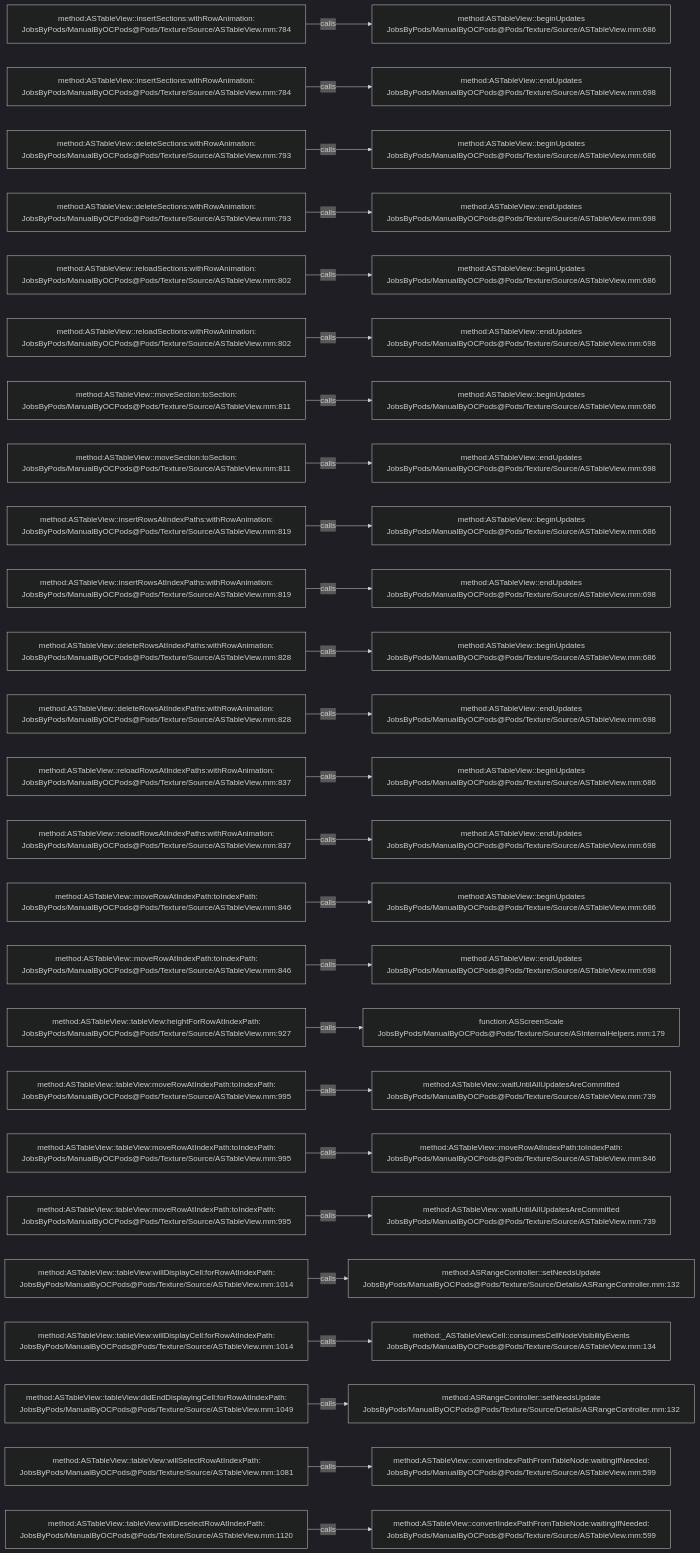
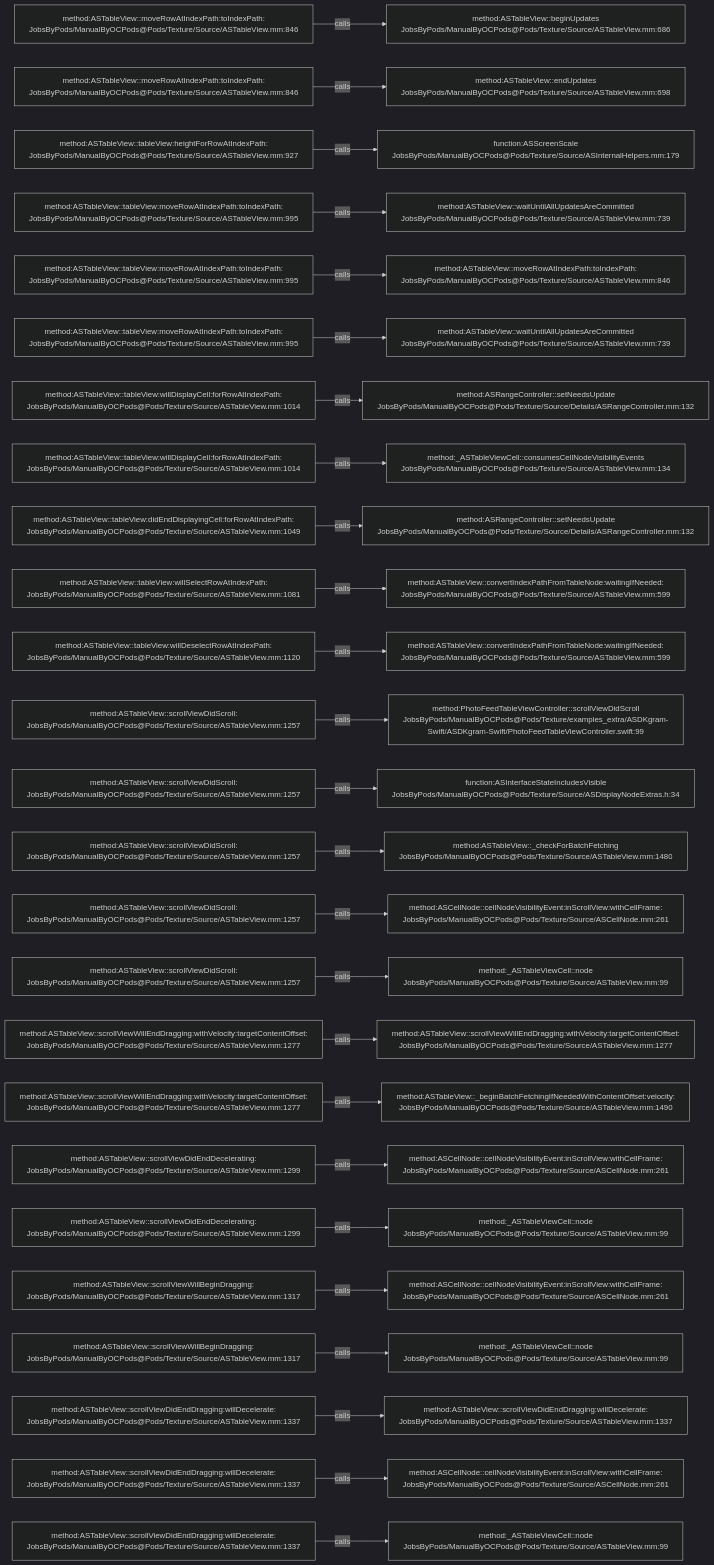
Before and after one commit to JobsKits/JobsOCBaseConfigDemo: the diagram in .codegraph/codegraph.md/graphs/calls-130.md, drawn with Mermaid (dark theme). The commit also changed 296 other files, not shown here.

````diff
--- a/.codegraph/codegraph.md/graphs/calls-130.md
+++ b/.codegraph/codegraph.md/graphs/calls-130.md
@@ -13,78 +13,78 @@
 ```mermaid
 flowchart LR
-  S1["method:ASTableView::insertSections:withRowAnimation:<br/>JobsByPods/ManualByOCPods@Pods/Texture/Source/ASTableView.mm:784"]
+  S1["method:ASTableView::moveRowAtIndexPath:toIndexPath:<br/>JobsByPods/ManualByOCPods@Pods/Texture/Source/ASTableView.mm:846"]
   T1["method:ASTableView::beginUpdates<br/>JobsByPods/ManualByOCPods@Pods/Texture/Source/ASTableView.mm:686"]
   S1 -->|calls| T1
-  S2["method:ASTableView::insertSections:withRowAnimation:<br/>JobsByPods/ManualByOCPods@Pods/Texture/Source/ASTableView.mm:784"]
+  S2["method:ASTableView::moveRowAtIndexPath:toIndexPath:<br/>JobsByPods/ManualByOCPods@Pods/Texture/Source/ASTableView.mm:846"]
   T2["method:ASTableView::endUpdates<br/>JobsByPods/ManualByOCPods@Pods/Texture/Source/ASTableView.mm:698"]
   S2 -->|calls| T2
-  S3["method:ASTableView::deleteSections:withRowAnimation:<br/>JobsByPods/ManualByOCPods@Pods/Texture/Source/ASTableView.mm:793"]
-  T3["method:ASTableView::beginUpdates<br/>JobsByPods/ManualByOCPods@Pods/Texture/Source/ASTableView.mm:686"]
+  S3["method:ASTableView::tableView:heightForRowAtIndexPath:<br/>JobsByPods/ManualByOCPods@Pods/Texture/Source/ASTableView.mm:927"]
+  T3["function:ASScreenScale<br/>JobsByPods/ManualByOCPods@Pods/Texture/Source/ASInternalHelpers.mm:179"]
   S3 -->|calls| T3
-  S4["method:ASTableView::deleteSections:withRowAnimation:<br/>JobsByPods/ManualByOCPods@Pods/Texture/Source/ASTableView.mm:793"]
-  T4["method:ASTableView::endUpdates<br/>JobsByPods/ManualByOCPods@Pods/Texture/Source/ASTableView.mm:698"]
+  S4["method:ASTableView::tableView:moveRowAtIndexPath:toIndexPath:<br/>JobsByPods/ManualByOCPods@Pods/Texture/Source/ASTableView.mm:995"]
+  T4["method:ASTableView::waitUntilAllUpdatesAreCommitted<br/>JobsByPods/ManualByOCPods@Pods/Texture/Source/ASTableView.mm:739"]
   S4 -->|calls| T4
-  S5["method:ASTableView::reloadSections:withRowAnimation:<br/>JobsByPods/ManualByOCPods@Pods/Texture/Source/ASTableView.mm:802"]
-  T5["method:ASTableView::beginUpdates<br/>JobsByPods/ManualByOCPods@Pods/Texture/Source/ASTableView.mm:686"]
+  S5["method:ASTableView::tableView:moveRowAtIndexPath:toIndexPath:<br/>JobsByPods/ManualByOCPods@Pods/Texture/Source/ASTableView.mm:995"]
+  T5["method:ASTableView::moveRowAtIndexPath:toIndexPath:<br/>JobsByPods/ManualByOCPods@Pods/Texture/Source/ASTableView.mm:846"]
   S5 -->|calls| T5
-  S6["method:ASTableView::reloadSections:withRowAnimation:<br/>JobsByPods/ManualByOCPods@Pods/Texture/Source/ASTableView.mm:802"]
-  T6["method:ASTableView::endUpdates<br/>JobsByPods/ManualByOCPods@Pods/Texture/Source/ASTableView.mm:698"]
+  S6["method:ASTableView::tableView:moveRowAtIndexPath:toIndexPath:<br/>JobsByPods/ManualByOCPods@Pods/Texture/Source/ASTableView.mm:995"]
+  T6["method:ASTableView::waitUntilAllUpdatesAreCommitted<br/>JobsByPods/ManualByOCPods@Pods/Texture/Source/ASTableView.mm:739"]
   S6 -->|calls| T6
-  S7["method:ASTableView::moveSection:toSection:<br/>JobsByPods/ManualByOCPods@Pods/Texture/Source/ASTableView.mm:811"]
-  T7["method:ASTableView::beginUpdates<br/>JobsByPods/ManualByOCPods@Pods/Texture/Source/ASTableView.mm:686"]
+  S7["method:ASTableView::tableView:willDisplayCell:forRowAtIndexPath:<br/>JobsByPods/ManualByOCPods@Pods/Texture/Source/ASTableView.mm:1014"]
+  T7["method:ASRangeController::setNeedsUpdate<br/>JobsByPods/ManualByOCPods@Pods/Texture/Source/Details/ASRangeController.mm:132"]
   S7 -->|calls| T7
-  S8["method:ASTableView::moveSection:toSection:<br/>JobsByPods/ManualByOCPods@Pods/Texture/Source/ASTableView.mm:811"]
-  T8["method:ASTableView::endUpdates<br/>JobsByPods/ManualByOCPods@Pods/Texture/Source/ASTableView.mm:698"]
+  S8["method:ASTableView::tableView:willDisplayCell:forRowAtIndexPath:<br/>JobsByPods/ManualByOCPods@Pods/Texture/Source/ASTableView.mm:1014"]
+  T8["method:_ASTableViewCell::consumesCellNodeVisibilityEvents<br/>JobsByPods/ManualByOCPods@Pods/Texture/Source/ASTableView.mm:134"]
   S8 -->|calls| T8
-  S9["method:ASTableView::insertRowsAtIndexPaths:withRowAnimation:<br/>JobsByPods/ManualByOCPods@Pods/Texture/Source/ASTableView.mm:819"]
-  T9["method:ASTableView::beginUpdates<br/>JobsByPods/ManualByOCPods@Pods/Texture/Source/ASTableView.mm:686"]
+  S9["method:ASTableView::tableView:didEndDisplayingCell:forRowAtIndexPath:<br/>JobsByPods/ManualByOCPods@Pods/Texture/Source/ASTableView.mm:1049"]
+  T9["method:ASRangeController::setNeedsUpdate<br/>JobsByPods/ManualByOCPods@Pods/Texture/Source/Details/ASRangeController.mm:132"]
   S9 -->|calls| T9
-  S10["method:ASTableView::insertRowsAtIndexPaths:withRowAnimation:<br/>JobsByPods/ManualByOCPods@Pods/Texture/Source/ASTableView.mm:819"]
-  T10["method:ASTableView::endUpdates<br/>JobsByPods/ManualByOCPods@Pods/Texture/Source/ASTableView.mm:698"]
+  S10["method:ASTableView::tableView:willSelectRowAtIndexPath:<br/>JobsByPods/ManualByOCPods@Pods/Texture/Source/ASTableView.mm:1081"]
+  T10["method:ASTableView::convertIndexPathFromTableNode:waitingIfNeeded:<br/>JobsByPods/ManualByOCPods@Pods/Texture/Source/ASTableView.mm:599"]
   S10 -->|calls| T10
-  S11["method:ASTableView::deleteRowsAtIndexPaths:withRowAnimation:<br/>JobsByPods/ManualByOCPods@Pods/Texture/Source/ASTableView.mm:828"]
-  T11["method:ASTableView::beginUpdates<br/>JobsByPods/ManualByOCPods@Pods/Texture/Source/ASTableView.mm:686"]
+  S11["method:ASTableView::tableView:willDeselectRowAtIndexPath:<br/>JobsByPods/ManualByOCPods@Pods/Texture/Source/ASTableView.mm:1120"]
+  T11["method:ASTableView::convertIndexPathFromTableNode:waitingIfNeeded:<br/>JobsByPods/ManualByOCPods@Pods/Texture/Source/ASTableView.mm:599"]
   S11 -->|calls| T11
-  S12["method:ASTableView::deleteRowsAtIndexPaths:withRowAnimation:<br/>JobsByPods/ManualByOCPods@Pods/Texture/Source/ASTableView.mm:828"]
-  T12["method:ASTableView::endUpdates<br/>JobsByPods/ManualByOCPods@Pods/Texture/Source/ASTableView.mm:698"]
+  S12["method:ASTableView::scrollViewDidScroll:<br/>JobsByPods/ManualByOCPods@Pods/Texture/Source/ASTableView.mm:1257"]
+  T12["method:PhotoFeedTableViewController::scrollViewDidScroll<br/>JobsByPods/ManualByOCPods@Pods/Texture/examples_extra/ASDKgram-Swift/ASDKgram-Swift/PhotoFeedTableViewController.swift:99"]
   S12 -->|calls| T12
-  S13["method:ASTableView::reloadRowsAtIndexPaths:withRowAnimation:<br/>JobsByPods/ManualByOCPods@Pods/Texture/Source/ASTableView.mm:837"]
-  T13["method:ASTableView::beginUpdates<br/>JobsByPods/ManualByOCPods@Pods/Texture/Source/ASTableView.mm:686"]
+  S13["method:ASTableView::scrollViewDidScroll:<br/>JobsByPods/ManualByOCPods@Pods/Texture/Source/ASTableView.mm:1257"]
+  T13["function:ASInterfaceStateIncludesVisible<br/>JobsByPods/ManualByOCPods@Pods/Texture/Source/ASDisplayNodeExtras.h:34"]
   S13 -->|calls| T13
-  S14["method:ASTableView::reloadRowsAtIndexPaths:withRowAnimation:<br/>JobsByPods/ManualByOCPods@Pods/Texture/Source/ASTableView.mm:837"]
-  T14["method:ASTableView::endUpdates<br/>JobsByPods/ManualByOCPods@Pods/Texture/Source/ASTableView.mm:698"]
+  S14["method:ASTableView::scrollViewDidScroll:<br/>JobsByPods/ManualByOCPods@Pods/Texture/Source/ASTableView.mm:1257"]
+  T14["method:ASTableView::_checkForBatchFetching<br/>JobsByPods/ManualByOCPods@Pods/Texture/Source/ASTableView.mm:1480"]
   S14 -->|calls| T14
-  S15["method:ASTableView::moveRowAtIndexPath:toIndexPath:<br/>JobsByPods/ManualByOCPods@Pods/Texture/Source/ASTableView.mm:846"]
-  T15["method:ASTableView::beginUpdates<br/>JobsByPods/ManualByOCPods@Pods/Texture/Source/ASTableView.mm:686"]
+  S15["method:ASTableView::scrollViewDidScroll:<br/>JobsByPods/ManualByOCPods@Pods/Texture/Source/ASTableView.mm:1257"]
+  T15["method:ASCellNode::cellNodeVisibilityEvent:inScrollView:withCellFrame:<br/>JobsByPods/ManualByOCPods@Pods/Texture/Source/ASCellNode.mm:261"]
   S15 -->|calls| T15
-  S16["method:ASTableView::moveRowAtIndexPath:toIndexPath:<br/>JobsByPods/ManualByOCPods@Pods/Texture/Source/ASTableView.mm:846"]
-  T16["method:ASTableView::endUpdates<br/>JobsByPods/ManualByOCPods@Pods/Texture/Source/ASTableView.mm:698"]
+  S16["method:ASTableView::scrollViewDidScroll:<br/>JobsByPods/ManualByOCPods@Pods/Texture/Source/ASTableView.mm:1257"]
+  T16["method:_ASTableViewCell::node<br/>JobsByPods/ManualByOCPods@Pods/Texture/Source/ASTableView.mm:99"]
   S16 -->|calls| T16
-  S17["method:ASTableView::tableView:heightForRowAtIndexPath:<br/>JobsByPods/ManualByOCPods@Pods/Texture/Source/ASTableView.mm:927"]
-  T17["function:ASScreenScale<br/>JobsByPods/ManualByOCPods@Pods/Texture/Source/ASInternalHelpers.mm:179"]
+  S17["method:ASTableView::scrollViewWillEndDragging:withVelocity:targetContentOffset:<br/>JobsByPods/ManualByOCPods@Pods/Texture/Source/ASTableView.mm:1277"]
+  T17["method:ASTableView::scrollViewWillEndDragging:withVelocity:targetContentOffset:<br/>JobsByPods/ManualByOCPods@Pods/Texture/Source/ASTableView.mm:1277"]
   S17 -->|calls| T17
-  S18["method:ASTableView::tableView:moveRowAtIndexPath:toIndexPath:<br/>JobsByPods/ManualByOCPods@Pods/Texture/Source/ASTableView.mm:995"]
-  T18["method:ASTableView::waitUntilAllUpdatesAreCommitted<br/>JobsByPods/ManualByOCPods@Pods/Texture/Source/ASTableView.mm:739"]
+  S18["method:ASTableView::scrollViewWillEndDragging:withVelocity:targetContentOffset:<br/>JobsByPods/ManualByOCPods@Pods/Texture/Source/ASTableView.mm:1277"]
+  T18["method:ASTableView::_beginBatchFetchingIfNeededWithContentOffset:velocity:<br/>JobsByPods/ManualByOCPods@Pods/Texture/Source/ASTableView.mm:1490"]
   S18 -->|calls| T18
-  S19["method:ASTableView::tableView:moveRowAtIndexPath:toIndexPath:<br/>JobsByPods/ManualByOCPods@Pods/Texture/Source/ASTableView.mm:995"]
-  T19["method:ASTableView::moveRowAtIndexPath:toIndexPath:<br/>JobsByPods/ManualByOCPods@Pods/Texture/Source/ASTableView.mm:846"]
+  S19["method:ASTableView::scrollViewDidEndDecelerating:<br/>JobsByPods/ManualByOCPods@Pods/Texture/Source/ASTableView.mm:1299"]
+  T19["method:ASCellNode::cellNodeVisibilityEvent:inScrollView:withCellFrame:<br/>JobsByPods/ManualByOCPods@Pods/Texture/Source/ASCellNode.mm:261"]
   S19 -->|calls| T19
-  S20["method:ASTableView::tableView:moveRowAtIndexPath:toIndexPath:<br/>JobsByPods/ManualByOCPods@Pods/Texture/Source/ASTableView.mm:995"]
-  T20["method:ASTableView::waitUntilAllUpdatesAreCommitted<br/>JobsByPods/ManualByOCPods@Pods/Texture/Source/ASTableView.mm:739"]
+  S20["method:ASTableView::scrollViewDidEndDecelerating:<br/>JobsByPods/ManualByOCPods@Pods/Texture/Source/ASTableView.mm:1299"]
+  T20["method:_ASTableViewCell::node<br/>JobsByPods/ManualByOCPods@Pods/Texture/Source/ASTableView.mm:99"]
   S20 -->|calls| T20
-  S21["method:ASTableView::tableView:willDisplayCell:forRowAtIndexPath:<br/>JobsByPods/ManualByOCPods@Pods/Texture/Source/ASTableView.mm:1014"]
-  T21["method:ASRangeController::setNeedsUpdate<br/>JobsByPods/ManualByOCPods@Pods/Texture/Source/Details/ASRangeController.mm:132"]
+  S21["method:ASTableView::scrollViewWillBeginDragging:<br/>JobsByPods/ManualByOCPods@Pods/Texture/Source/ASTableView.mm:1317"]
+  T21["method:ASCellNode::cellNodeVisibilityEvent:inScrollView:withCellFrame:<br/>JobsByPods/ManualByOCPods@Pods/Texture/Source/ASCellNode.mm:261"]
   S21 -->|calls| T21
-  S22["method:ASTableView::tableView:willDisplayCell:forRowAtIndexPath:<br/>JobsByPods/ManualByOCPods@Pods/Texture/Source/ASTableView.mm:1014"]
-  T22["method:_ASTableViewCell::consumesCellNodeVisibilityEvents<br/>JobsByPods/ManualByOCPods@Pods/Texture/Source/ASTableView.mm:134"]
+  S22["method:ASTableView::scrollViewWillBeginDragging:<br/>JobsByPods/ManualByOCPods@Pods/Texture/Source/ASTableView.mm:1317"]
+  T22["method:_ASTableViewCell::node<br/>JobsByPods/ManualByOCPods@Pods/Texture/Source/ASTableView.mm:99"]
   S22 -->|calls| T22
-  S23["method:ASTableView::tableView:didEndDisplayingCell:forRowAtIndexPath:<br/>JobsByPods/ManualByOCPods@Pods/Texture/Source/ASTableView.mm:1049"]
-  T23["method:ASRangeController::setNeedsUpdate<br/>JobsByPods/ManualByOCPods@Pods/Texture/Source/Details/ASRangeController.mm:132"]
+  S23["method:ASTableView::scrollViewDidEndDragging:willDecelerate:<br/>JobsByPods/ManualByOCPods@Pods/Texture/Source/ASTableView.mm:1337"]
+  T23["method:ASTableView::scrollViewDidEndDragging:willDecelerate:<br/>JobsByPods/ManualByOCPods@Pods/Texture/Source/ASTableView.mm:1337"]
   S23 -->|calls| T23
-  S24["method:ASTableView::tableView:willSelectRowAtIndexPath:<br/>JobsByPods/ManualByOCPods@Pods/Texture/Source/ASTableView.mm:1081"]
-  T24["method:ASTableView::convertIndexPathFromTableNode:waitingIfNeeded:<br/>JobsByPods/ManualByOCPods@Pods/Texture/Source/ASTableView.mm:599"]
+  S24["method:ASTableView::scrollViewDidEndDragging:willDecelerate:<br/>JobsByPods/ManualByOCPods@Pods/Texture/Source/ASTableView.mm:1337"]
+  T24["method:ASCellNode::cellNodeVisibilityEvent:inScrollView:withCellFrame:<br/>JobsByPods/ManualByOCPods@Pods/Texture/Source/ASCellNode.mm:261"]
   S24 -->|calls| T24
-  S25["method:ASTableView::tableView:willDeselectRowAtIndexPath:<br/>JobsByPods/ManualByOCPods@Pods/Texture/Source/ASTableView.mm:1120"]
-  T25["method:ASTableView::convertIndexPathFromTableNode:waitingIfNeeded:<br/>JobsByPods/ManualByOCPods@Pods/Texture/Source/ASTableView.mm:599"]
+  S25["method:ASTableView::scrollViewDidEndDragging:willDecelerate:<br/>JobsByPods/ManualByOCPods@Pods/Texture/Source/ASTableView.mm:1337"]
+  T25["method:_ASTableViewCell::node<br/>JobsByPods/ManualByOCPods@Pods/Texture/Source/ASTableView.mm:99"]
   S25 -->|calls| T25
 ```
````
